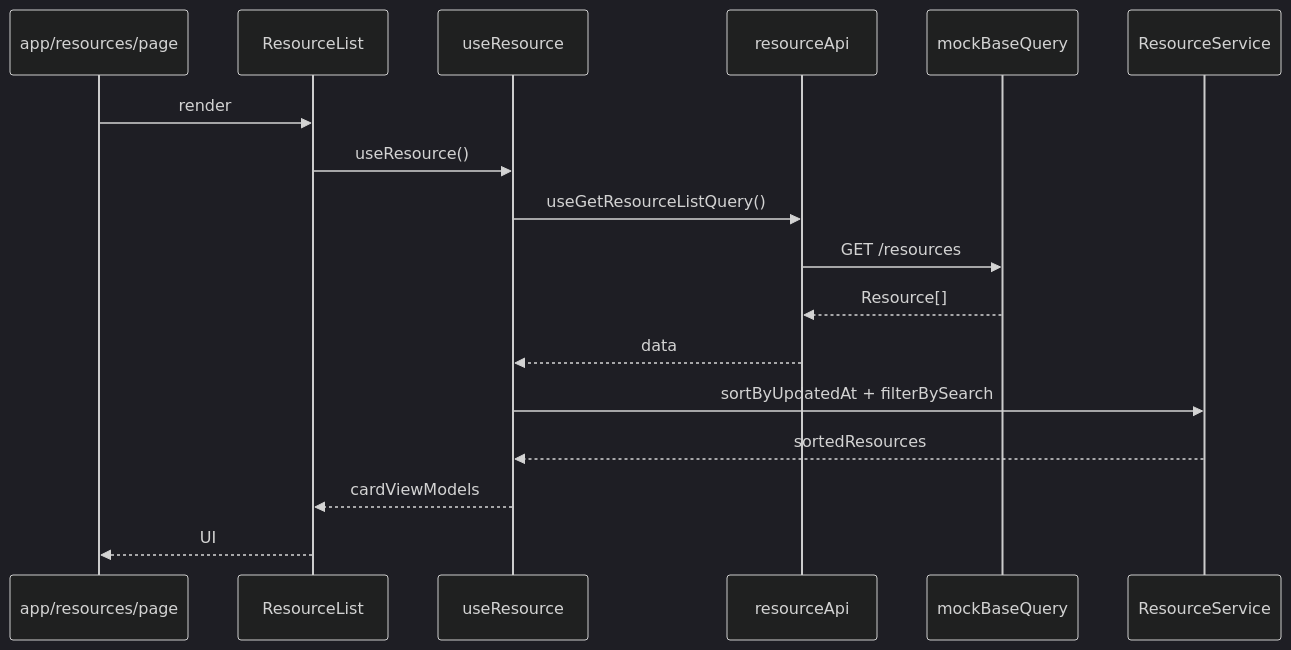
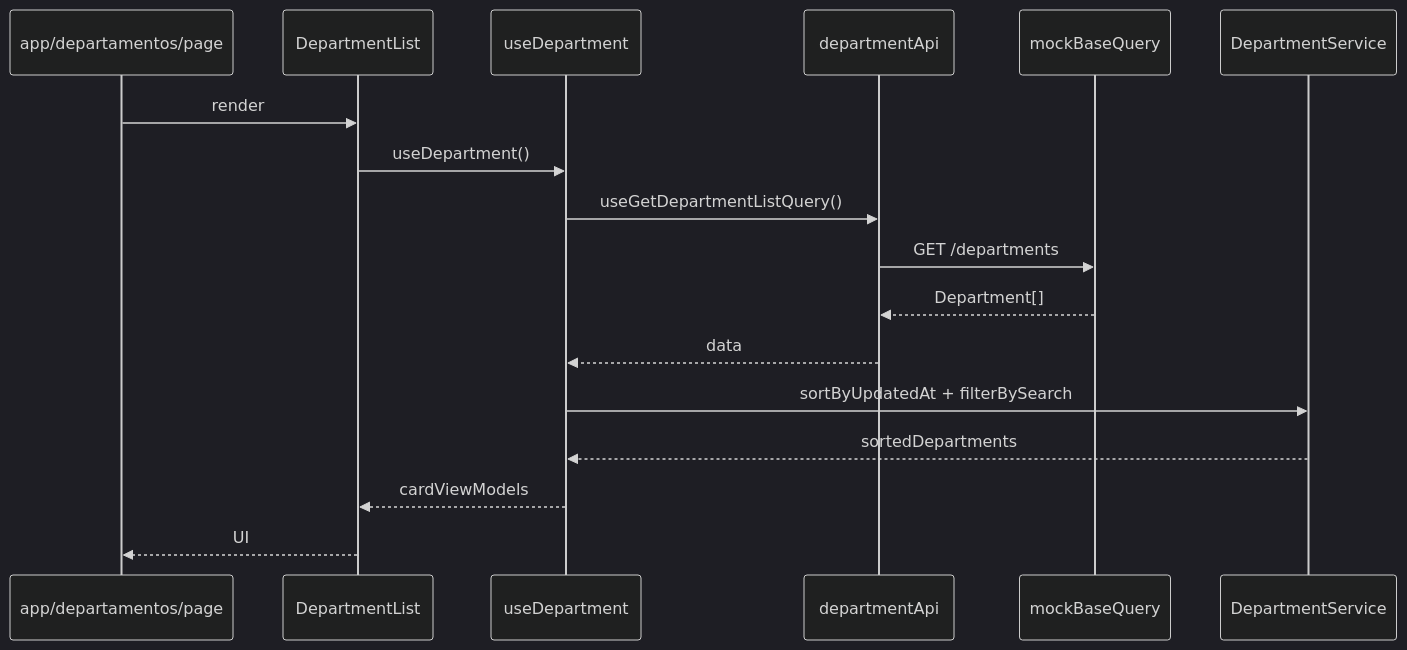
One commit to matheusfer0902/batente-frontend changed the second of 2 diagrams in docs/architecture.md. Above: the diagram before and after it, drawn with Mermaid (dark theme). The commit also changed other lines of this file and 10 other files, not shown here.

````diff
--- a/docs/architecture.md
+++ b/docs/architecture.md
@@ -202,20 +202,20 @@
 ```mermaid
 sequenceDiagram
-    participant Page as app/resources/page
-    participant List as ResourceList
-    participant Hook as useResource
-    participant RTK as resourceApi
+    participant Page as app/departamentos/page
+    participant List as DepartmentList
+    participant Hook as useDepartment
+    participant RTK as departmentApi
     participant Mock as mockBaseQuery
-    participant Svc as ResourceService
+    participant Svc as DepartmentService
 
     Page->>List: render
-    List->>Hook: useResource()
-    Hook->>RTK: useGetResourceListQuery()
-    RTK->>Mock: GET /resources
-    Mock-->>RTK: Resource[]
+    List->>Hook: useDepartment()
+    Hook->>RTK: useGetDepartmentListQuery()
+    RTK->>Mock: GET /departments
+    Mock-->>RTK: Department[]
     RTK-->>Hook: data
     Hook->>Svc: sortByUpdatedAt + filterBySearch
-    Svc-->>Hook: sortedResources
+    Svc-->>Hook: sortedDepartments
     Hook-->>List: cardViewModels
     List-->>Page: UI
 ```
````
